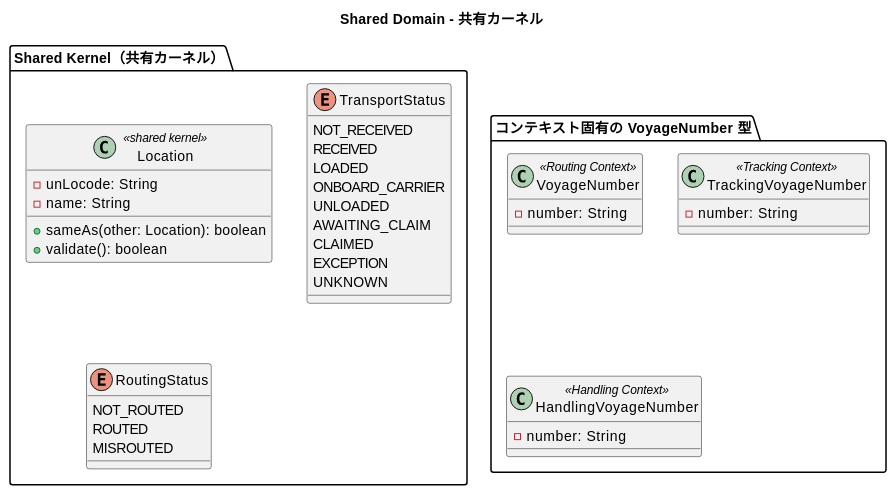
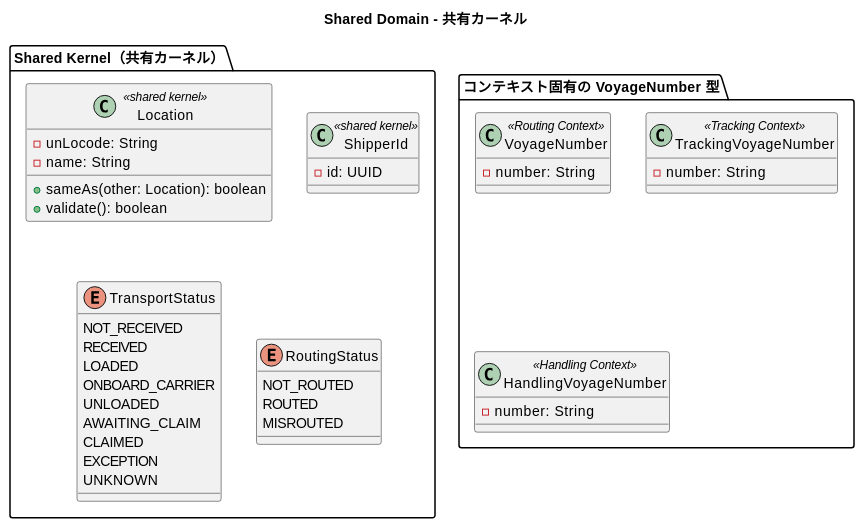
The eighth of 9 diagrams in docs/design/domain-model.md (k2works/case-study-cargo-tracker), drawn with PlantUML before and after one commit. The commit also changed other lines of this file, not shown here.

First line of the commit message:
docs(domain): ドメインモデルに Shipper コンテキスト・新 VO・ACL を反映

````diff
--- a/docs/design/domain-model.md
+++ b/docs/design/domain-model.md
@@ -707,43 +870,46 @@
 ```plantuml
 @startuml
 title Shared Domain - 共有カーネル
 
 package "Shared Kernel（共有カーネル）" {
   class Location <<shared kernel>> {
     -unLocode: String
     -name: String
     +sameAs(other: Location): boolean
     +validate(): boolean
+  }
+  class ShipperId <<shared kernel>> {
+    -id: UUID
   }
   enum TransportStatus {
     NOT_RECEIVED
     RECEIVED
     LOADED
     ONBOARD_CARRIER
     UNLOADED
     AWAITING_CLAIM
     CLAIMED
     EXCEPTION
     UNKNOWN
   }
   enum RoutingStatus {
     NOT_ROUTED
     ROUTED
     MISROUTED
   }
 }
 
 package "コンテキスト固有の VoyageNumber 型" {
   class VoyageNumber <<Routing Context>> {
     -number: String
   }
   class TrackingVoyageNumber <<Tracking Context>> {
     -number: String
   }
   class HandlingVoyageNumber <<Handling Context>> {
     -number: String
   }
 }
 
 @enduml
 ```
````
